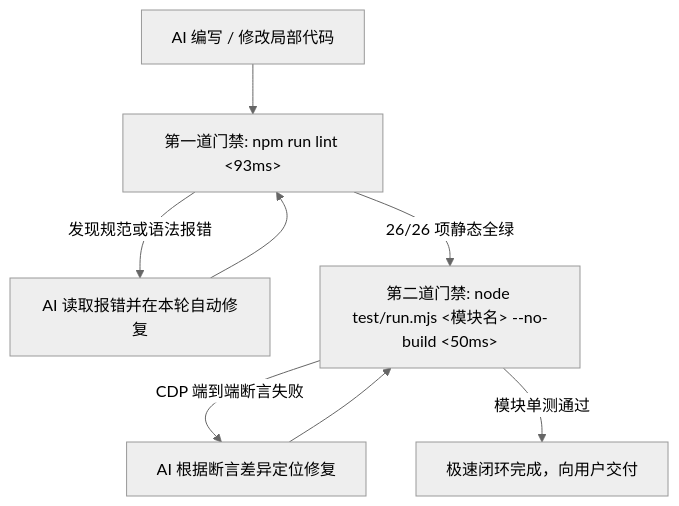
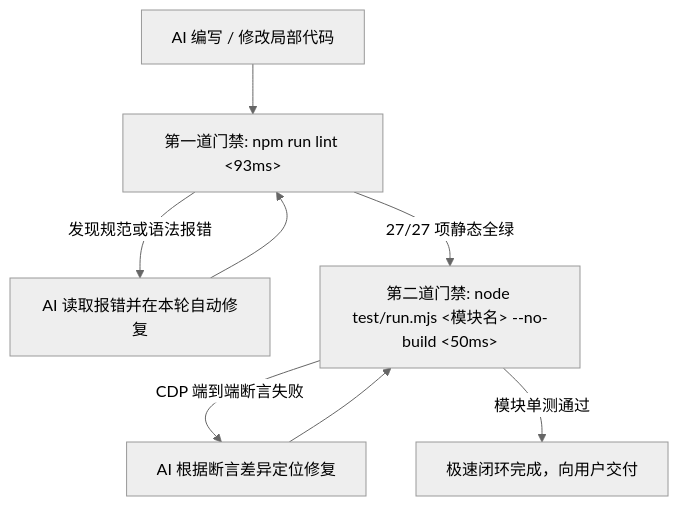
The diagram in AGENTS.md (leosdcn/glass-start), drawn with Mermaid (neutral theme) before and after one commit. The commit also changed other lines of this file and 2 other files, not shown here.

````diff
--- a/AGENTS.md
+++ b/AGENTS.md
@@ -104,10 +104,10 @@
 ```mermaid
 flowchart TD
     A[AI 编写 / 修改局部代码] --> B[第一道门禁: npm run lint <93ms>]
     B -- 发现规范或语法报错 --> C[AI 读取报错并在本轮自动修复]
     C --> B
-    B -- 26/26 项静态全绿 --> D[第二道门禁: node test/run.mjs <模块名> --no-build <50ms>]
+    B -- 27/27 项静态全绿 --> D[第二道门禁: node test/run.mjs <模块名> --no-build <50ms>]
     D -- CDP 端到端断言失败 --> E[AI 根据断言差异定位修复]
     E --> D
     D -- 模块单测通过 --> F[极速闭环完成，向用户交付]
 ```
````
